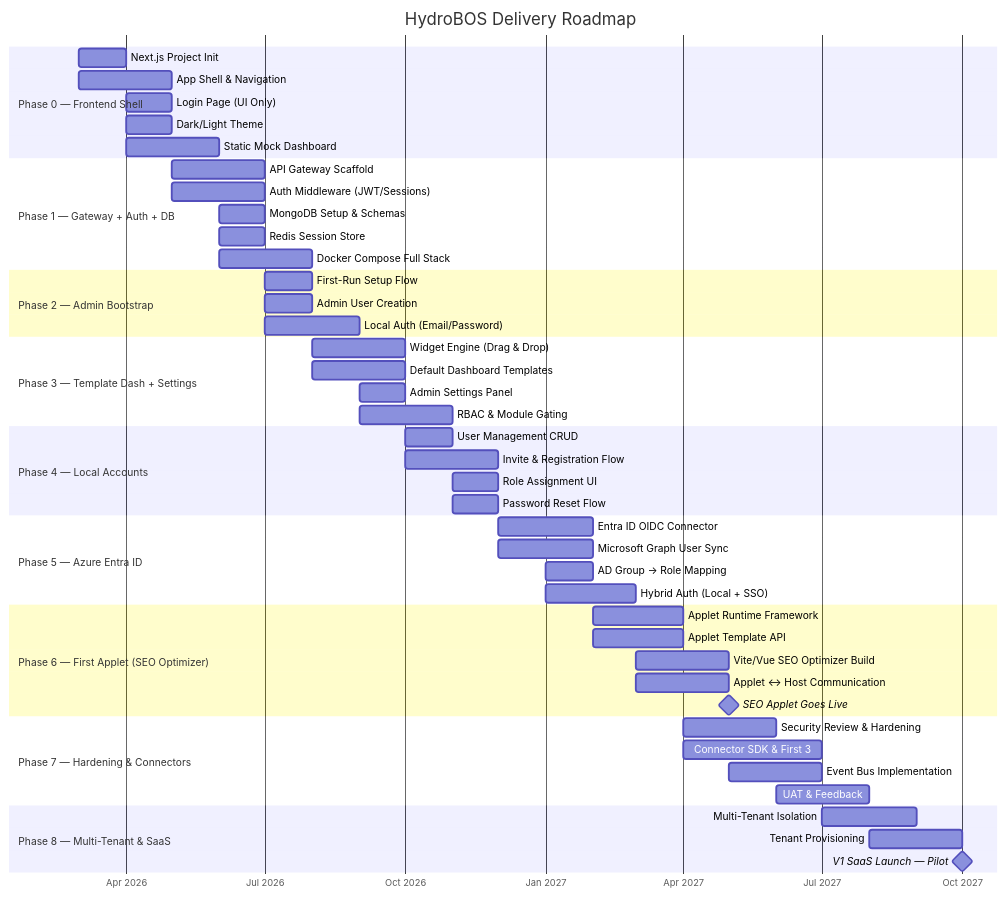
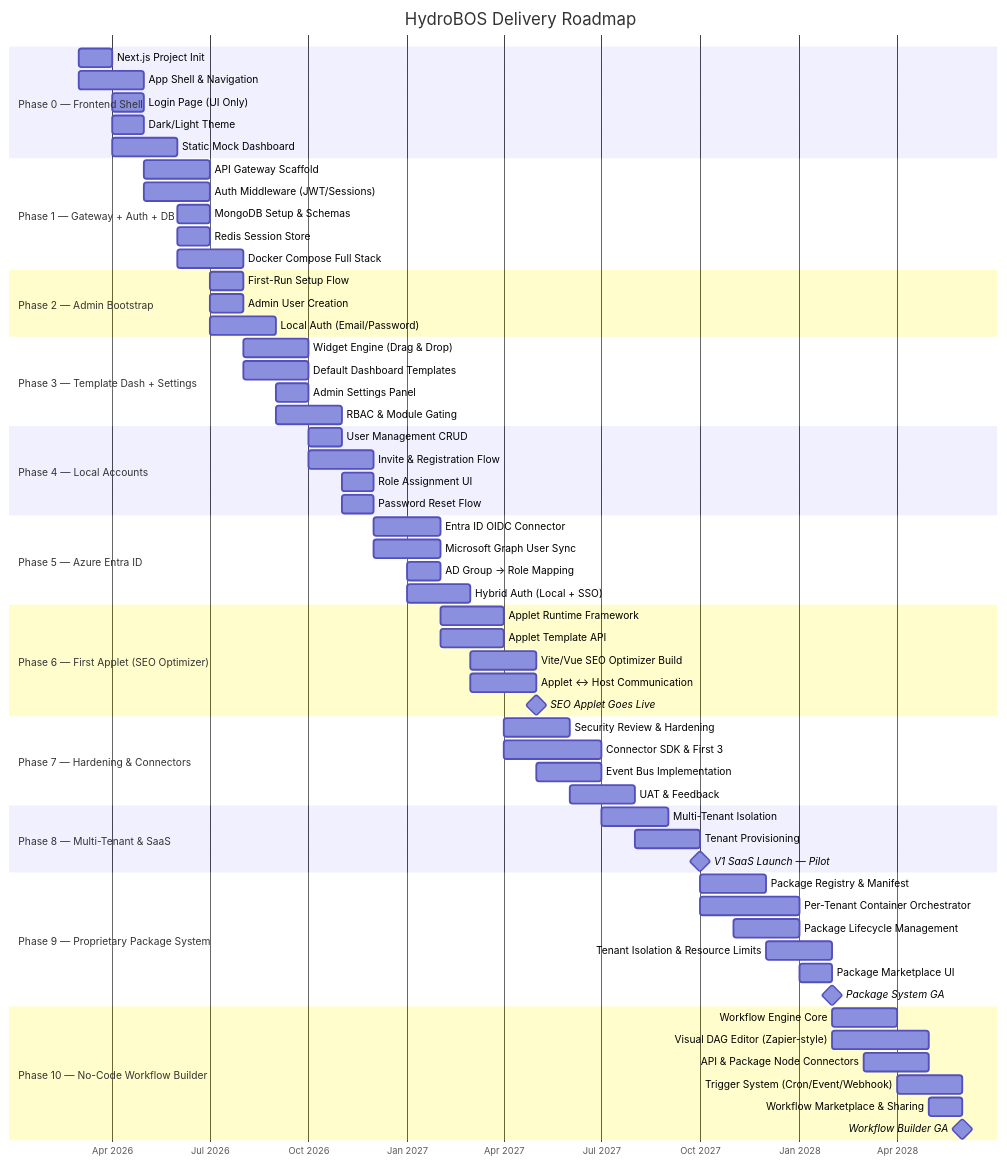
One commit to jrobinson-utahmmc/hydrobos changed the first of 13 diagrams in docs/02-roadmap.md. Above: the diagram before and after it, drawn with Mermaid. The commit also changed other lines of this file and 70 other files, not shown here.

````diff
--- a/docs/02-roadmap.md
+++ b/docs/02-roadmap.md
@@ -7,61 +7,77 @@
 ```mermaid
 gantt
     title HydroBOS Delivery Roadmap
     dateFormat YYYY-MM
     axisFormat %b %Y
 
     section Phase 0 — Frontend Shell
     Next.js Project Init              :p0a, 2026-03, 2026-04
     App Shell & Navigation            :p0b, 2026-03, 2026-05
     Login Page (UI Only)              :p0c, 2026-04, 2026-05
     Dark/Light Theme                  :p0d, 2026-04, 2026-05
     Static Mock Dashboard             :p0e, 2026-04, 2026-06
 
     section Phase 1 — Gateway + Auth + DB
     API Gateway Scaffold              :p1a, 2026-05, 2026-07
     Auth Middleware (JWT/Sessions)    :p1b, 2026-05, 2026-07
     MongoDB Setup & Schemas           :p1c, 2026-06, 2026-07
     Redis Session Store               :p1d, 2026-06, 2026-07
     Docker Compose Full Stack         :p1e, 2026-06, 2026-08
 
     section Phase 2 — Admin Bootstrap
     First-Run Setup Flow              :p2a, 2026-07, 2026-08
     Admin User Creation               :p2b, 2026-07, 2026-08
     Local Auth (Email/Password)       :p2c, 2026-07, 2026-09
 
     section Phase 3 — Template Dash + Settings
     Widget Engine (Drag & Drop)       :p3a, 2026-08, 2026-10
     Default Dashboard Templates       :p3b, 2026-08, 2026-10
     Admin Settings Panel              :p3c, 2026-09, 2026-10
     RBAC & Module Gating              :p3d, 2026-09, 2026-11
 
     section Phase 4 — Local Accounts
     User Management CRUD              :p4a, 2026-10, 2026-11
     Invite & Registration Flow        :p4b, 2026-10, 2026-12
     Role Assignment UI                :p4c, 2026-11, 2026-12
     Password Reset Flow               :p4d, 2026-11, 2026-12
 
     section Phase 5 — Azure Entra ID
     Entra ID OIDC Connector           :p5a, 2026-12, 2027-02
     Microsoft Graph User Sync         :p5b, 2026-12, 2027-02
     AD Group → Role Mapping           :p5c, 2027-01, 2027-02
     Hybrid Auth (Local + SSO)         :p5d, 2027-01, 2027-03
 
     section Phase 6 — First Applet (SEO Optimizer)
     Applet Runtime Framework          :p6a, 2027-02, 2027-04
     Applet Template API               :p6b, 2027-02, 2027-04
     Vite/Vue SEO Optimizer Build      :p6c, 2027-03, 2027-05
     Applet ↔ Host Communication       :p6d, 2027-03, 2027-05
     SEO Applet Goes Live              :milestone, p6e, 2027-05, 0d
 
     section Phase 7 — Hardening & Connectors
     Security Review & Hardening       :p7a, 2027-04, 2027-06
     Connector SDK & First 3           :p7b, 2027-04, 2027-07
     Event Bus Implementation          :p7c, 2027-05, 2027-07
     UAT & Feedback                    :p7d, 2027-06, 2027-08
 
     section Phase 8 — Multi-Tenant & SaaS
     Multi-Tenant Isolation            :p8a, 2027-07, 2027-09
     Tenant Provisioning               :p8b, 2027-08, 2027-10
     V1 SaaS Launch — Pilot            :milestone, p8c, 2027-10, 0d
+
+    section Phase 9 — Proprietary Package System
+    Package Registry & Manifest       :p9a, 2027-10, 2027-12
+    Per-Tenant Container Orchestrator :p9b, 2027-10, 2028-01
+    Package Lifecycle Management      :p9c, 2027-11, 2028-01
+    Tenant Isolation & Resource Limits:p9d, 2027-12, 2028-02
+    Package Marketplace UI            :p9e, 2028-01, 2028-02
+    Package System GA                 :milestone, p9f, 2028-02, 0d
+
+    section Phase 10 — No-Code Workflow Builder
+    Workflow Engine Core              :p10a, 2028-02, 2028-04
+    Visual DAG Editor (Zapier-style)  :p10b, 2028-02, 2028-05
+    API & Package Node Connectors     :p10c, 2028-03, 2028-05
+    Trigger System (Cron/Event/Webhook):p10d, 2028-04, 2028-06
+    Workflow Marketplace & Sharing    :p10e, 2028-05, 2028-06
+    Workflow Builder GA               :milestone, p10f, 2028-06, 0d
 ```
````
